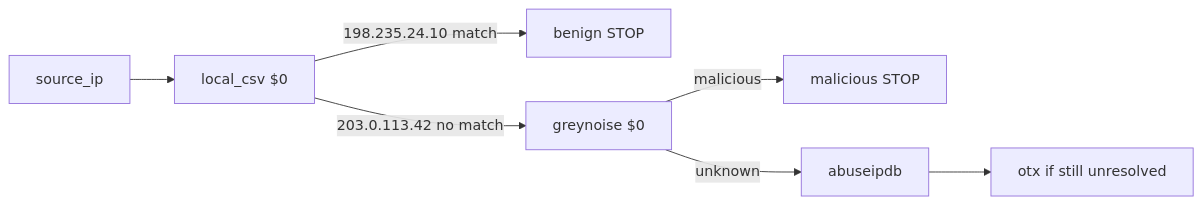
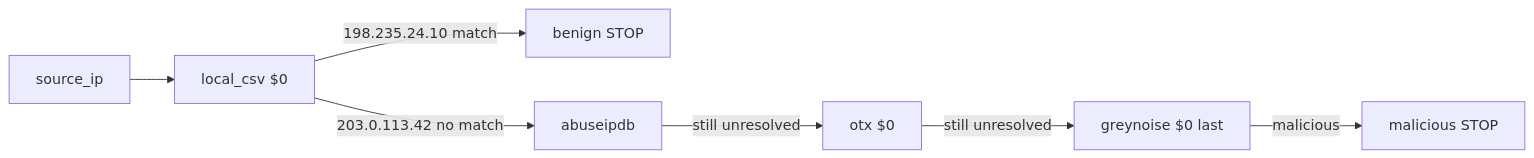
The second of 2 diagrams in docs/SCANNER-LITE.md (Rudhmilaa/threat-intel-agent), drawn with Mermaid before and after one commit. The commit also changed other lines of this file and 14 other files, not shown here.

````diff
--- a/docs/SCANNER-LITE.md
+++ b/docs/SCANNER-LITE.md
@@ -58,11 +60,11 @@
 ```mermaid
 flowchart LR
     IP["source_ip"]
 
     IP --> CSV["local_csv $0"]
     CSV -->|198.235.24.10 match| BENIGN["benign STOP"]
-    CSV -->|203.0.113.42 no match| GN["greynoise $0"]
+    CSV -->|203.0.113.42 no match| AIP["abuseipdb"]
+    AIP -->|still unresolved| OTX["otx $0"]
+    OTX -->|still unresolved| GN["greynoise $0 last"]
     GN -->|malicious| MAL["malicious STOP"]
-    GN -->|unknown| AIP["abuseipdb"]
-    AIP --> OTX["otx if still unresolved"]
 ```
````
